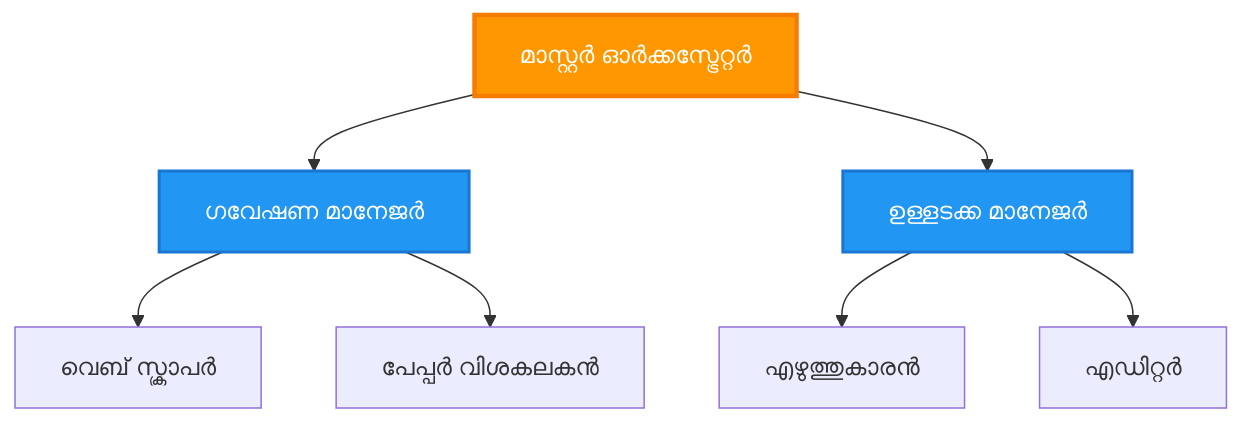
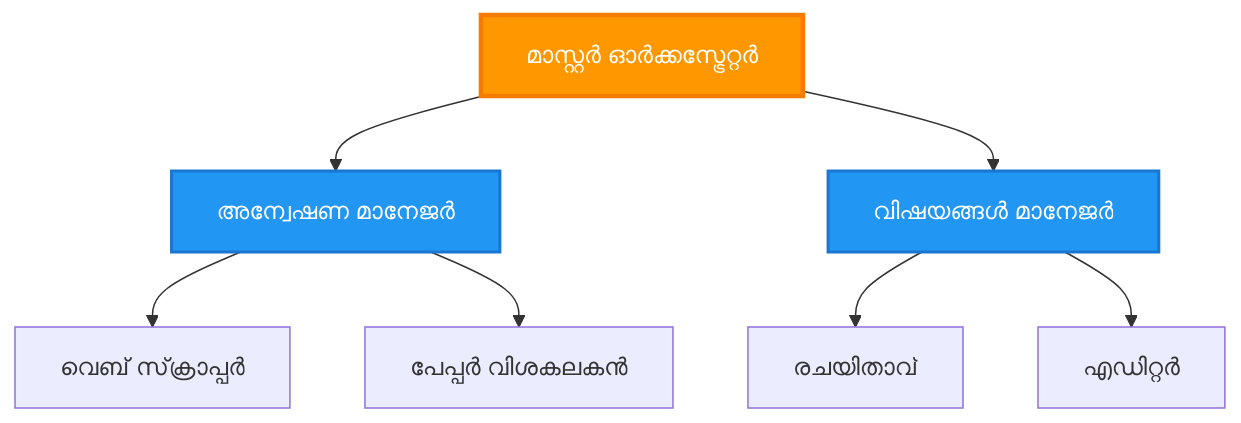
Before and after one commit to microsoft/AZD-for-beginners: the third of 6 diagrams in translations/ml/docs/chapter-06-pre-deployment/coordination-patterns.md, drawn with Mermaid. The commit also changed other lines of this file and 102 other files, not shown here.

````diff
--- a/translations/ml/docs/chapter-06-pre-deployment/coordination-patterns.md
+++ b/translations/ml/docs/chapter-06-pre-deployment/coordination-patterns.md
@@ -149,21 +143,21 @@
 ```mermaid
 graph TB
     Master[മാസ്റ്റർ ഓർക്കസ്ട്രേറ്റർ]
-    Manager1[ഗവേഷണ മാനേജർ]
-    Manager2[ഉള്ളടക്ക മാനേജർ]
-    W1[വെബ് സ്ക്രാപർ]
+    Manager1[അന്വേഷണ മാനേജർ]
+    Manager2[വിഷയങ്ങൾ മാനേജർ]
+    W1[വെബ് സ്‌ക്രാപ്പർ]
     W2[പേപ്പർ വിശകലകൻ]
-    W3[എഴുത്തുകാരൻ]
+    W3[രചയിതാവ്]
     W4[എഡിറ്റർ]
     
     Master --> Manager1
     Master --> Manager2
     Manager1 --> W1
     Manager1 --> W2
     Manager2 --> W3
     Manager2 --> W4
     
     style Master fill:#FF9800,stroke:#F57C00,stroke-width:3px,color:#fff
     style Manager1 fill:#2196F3,stroke:#1976D2,stroke-width:2px,color:#fff
     style Manager2 fill:#2196F3,stroke:#1976D2,stroke-width:2px,color:#fff
 ```
````
